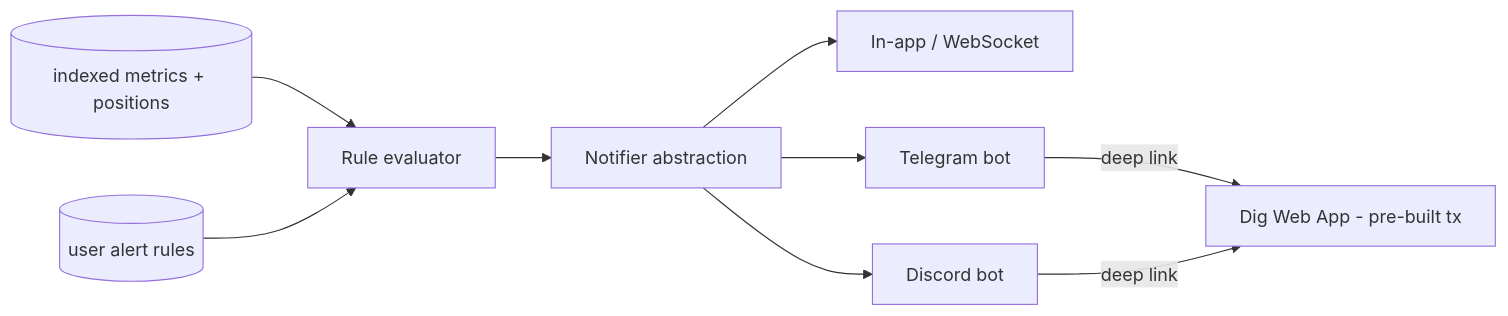
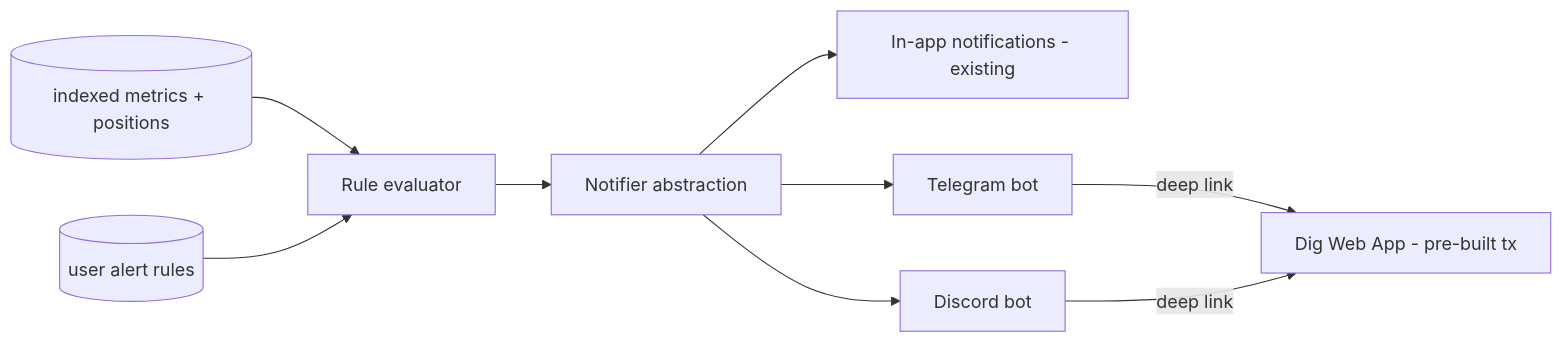
The second of 2 diagrams in docs/integrationtrack/ARCHITECTURE.md (Mael-wnb/dig-stellar), drawn with Mermaid before and after one commit. The commit also changed other lines of this file and 6 other files, not shown here.

````diff
--- a/docs/integrationtrack/ARCHITECTURE.md
+++ b/docs/integrationtrack/ARCHITECTURE.md
@@ -345,11 +346,11 @@
 ```mermaid
 flowchart LR
   DB[(indexed metrics + positions)] --> Eval[Rule evaluator]
   Rules[(user alert rules)] --> Eval
   Eval --> Notifier[Notifier abstraction]
-  Notifier --> InApp[In-app / WebSocket]
+  Notifier --> InApp[In-app notifications - existing]
   Notifier --> TG[Telegram bot]
   Notifier --> DC[Discord bot]
   TG -->|deep link| UI[Dig Web App - pre-built tx]
   DC -->|deep link| UI
 ```
````
